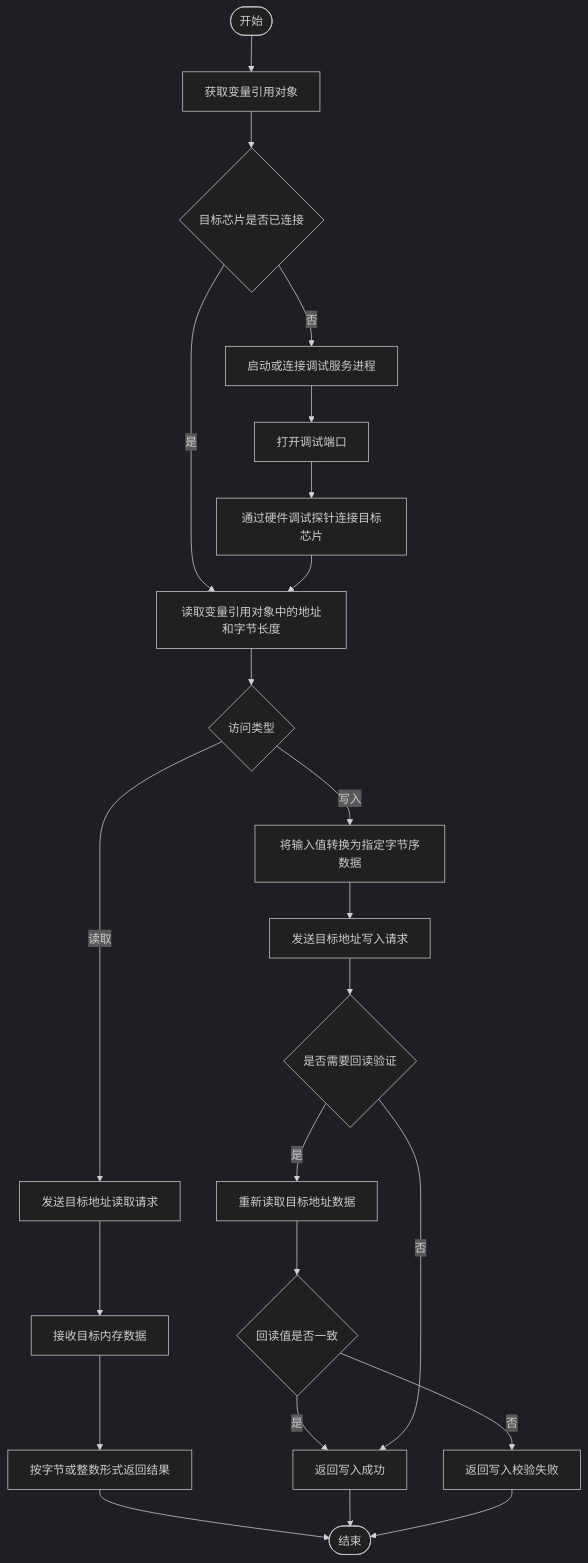
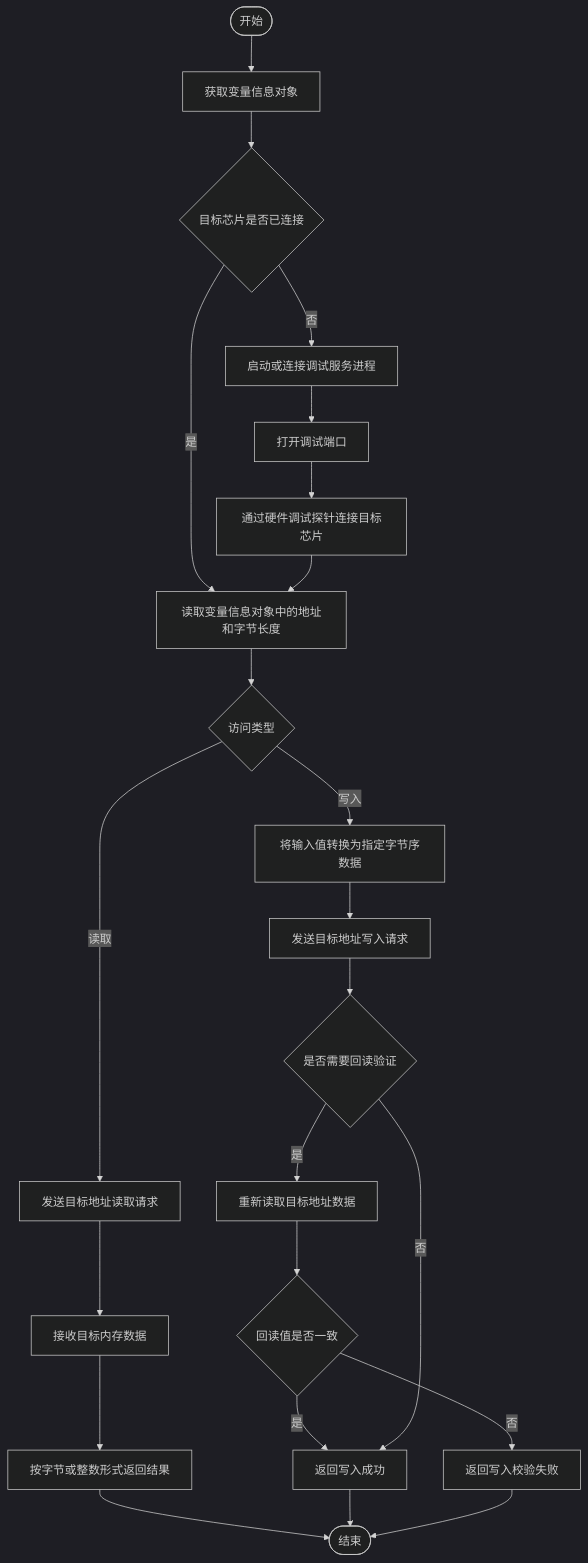
Before and after one commit to Dream-007/TC397Tools: the third of 5 diagrams in docs/TC397_ELF_DAP_PATENT_DRAFT.md, drawn with Mermaid (dark theme). The commit also changed other lines of this file and 25 other files, not shown here.

````diff
--- a/docs/TC397_ELF_DAP_PATENT_DRAFT.md
+++ b/docs/TC397_ELF_DAP_PATENT_DRAFT.md
@@ -255,28 +302,28 @@
 ```mermaid
 flowchart TD
-    A([开始]) --> B[获取变量引用对象]
+    A([开始]) --> B[获取变量信息对象]
     B --> C{目标芯片是否已连接}
     C -- 否 --> D[启动或连接调试服务进程]
     D --> E[打开调试端口]
     E --> F[通过硬件调试探针连接目标芯片]
-    C -- 是 --> G[读取变量引用对象中的地址和字节长度]
+    C -- 是 --> G[读取变量信息对象中的地址和字节长度]
     F --> G
 
     G --> H{访问类型}
     H -- 读取 --> I[发送目标地址读取请求]
     I --> J[接收目标内存数据]
     J --> K[按字节或整数形式返回结果]
 
     H -- 写入 --> L[将输入值转换为指定字节序数据]
     L --> M[发送目标地址写入请求]
     M --> N{是否需要回读验证}
     N -- 是 --> O[重新读取目标地址数据]
     O --> P{回读值是否一致}
     P -- 是 --> Q[返回写入成功]
     P -- 否 --> R[返回写入校验失败]
     N -- 否 --> Q
 
     K --> S([结束])
     Q --> S
     R --> S
 ```
````
